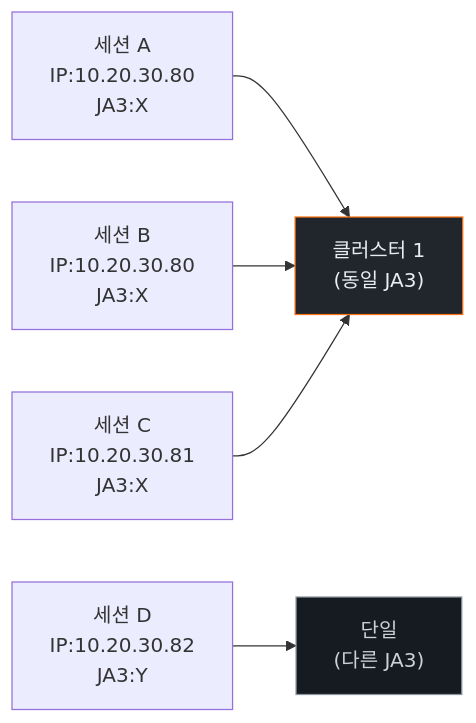
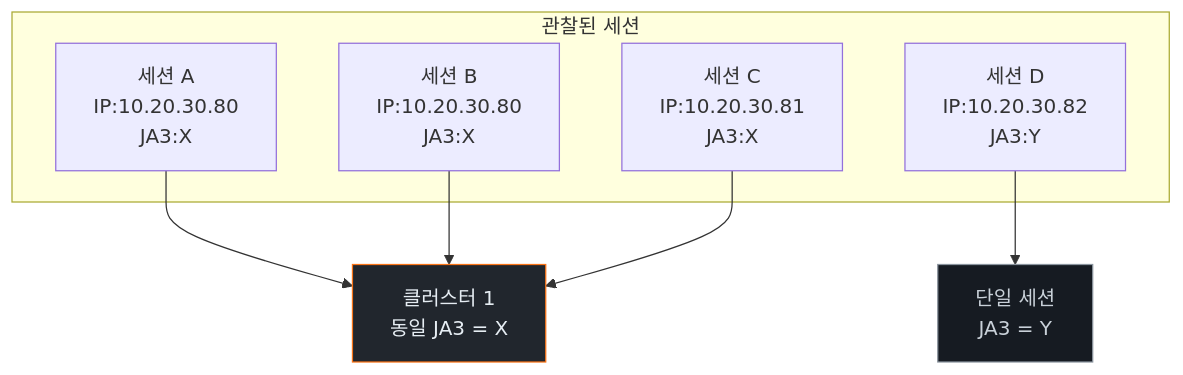
One commit to mrgrit/ccc changed the third of 6 diagrams in contents/education/course19-agent-incident-response/week07/lecture.md. Above: the diagram before and after it, drawn with Mermaid. The commit also changed other lines of this file and 5 other files, not shown here.

First line of the commit message:
docs(course19): w9 상세화 + 기존 LR 다이어그램을 TB로 전환

````diff
--- a/contents/education/course19-agent-incident-response/week07/lecture.md
+++ b/contents/education/course19-agent-incident-response/week07/lecture.md
@@ -262,15 +261,15 @@
 ```mermaid
-flowchart LR
-    S1["세션 A<br/>IP:10.20.30.80<br/>JA3:X"]
-    S2["세션 B<br/>IP:10.20.30.80<br/>JA3:X"]
-    S3["세션 C<br/>IP:10.20.30.81<br/>JA3:X"]
-    S4["세션 D<br/>IP:10.20.30.82<br/>JA3:Y"]
-    C["클러스터 1<br/>(동일 JA3)"]
-    D["단일<br/>(다른 JA3)"]
-    S1 --> C
-    S2 --> C
-    S3 --> C
+flowchart TB
+    subgraph Sessions["관찰된 세션"]
+      S1["세션 A<br/>IP:10.20.30.80<br/>JA3:X"]
+      S2["세션 B<br/>IP:10.20.30.80<br/>JA3:X"]
+      S3["세션 C<br/>IP:10.20.30.81<br/>JA3:X"]
+      S4["세션 D<br/>IP:10.20.30.82<br/>JA3:Y"]
+    end
+    C["클러스터 1<br/>동일 JA3 = X"]
+    D["단일 세션<br/>JA3 = Y"]
+    S1 & S2 & S3 --> C
     S4 --> D
     style C fill:#21262d,stroke:#f97316,color:#e6edf3
     style D fill:#161b22,stroke:#8b949e,color:#c9d1d9
 ```
````
